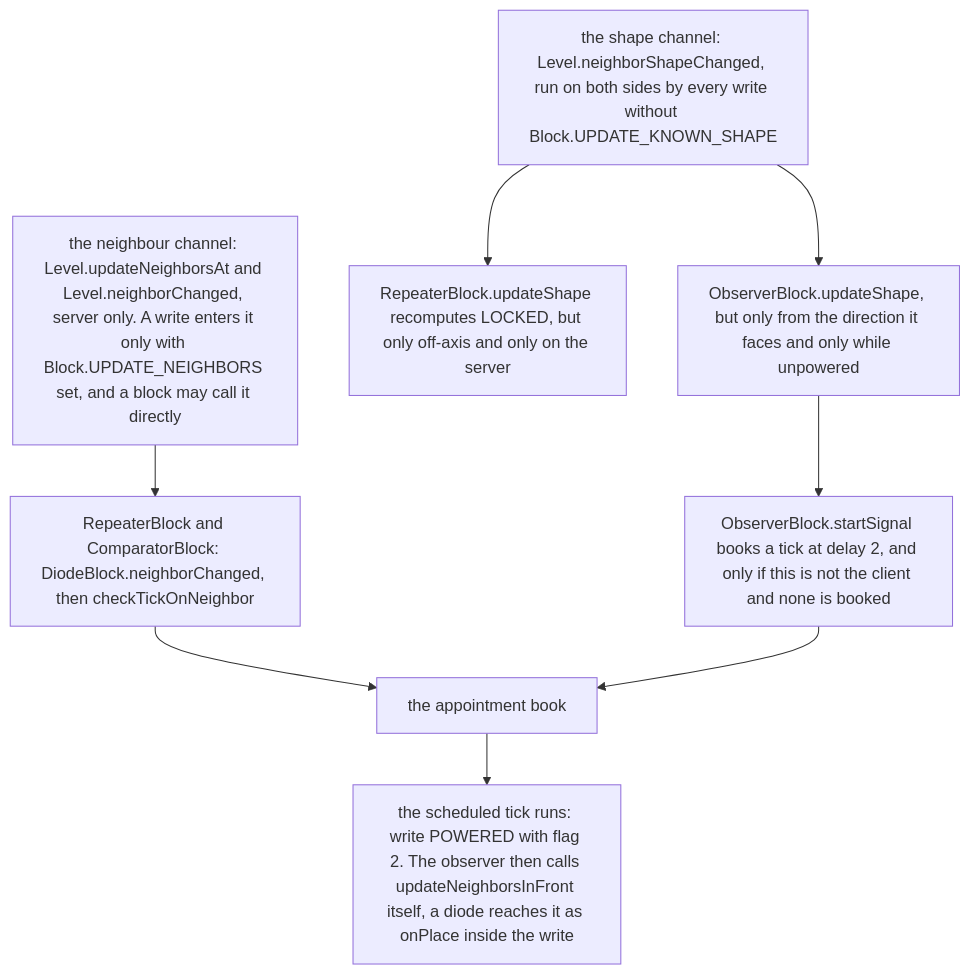
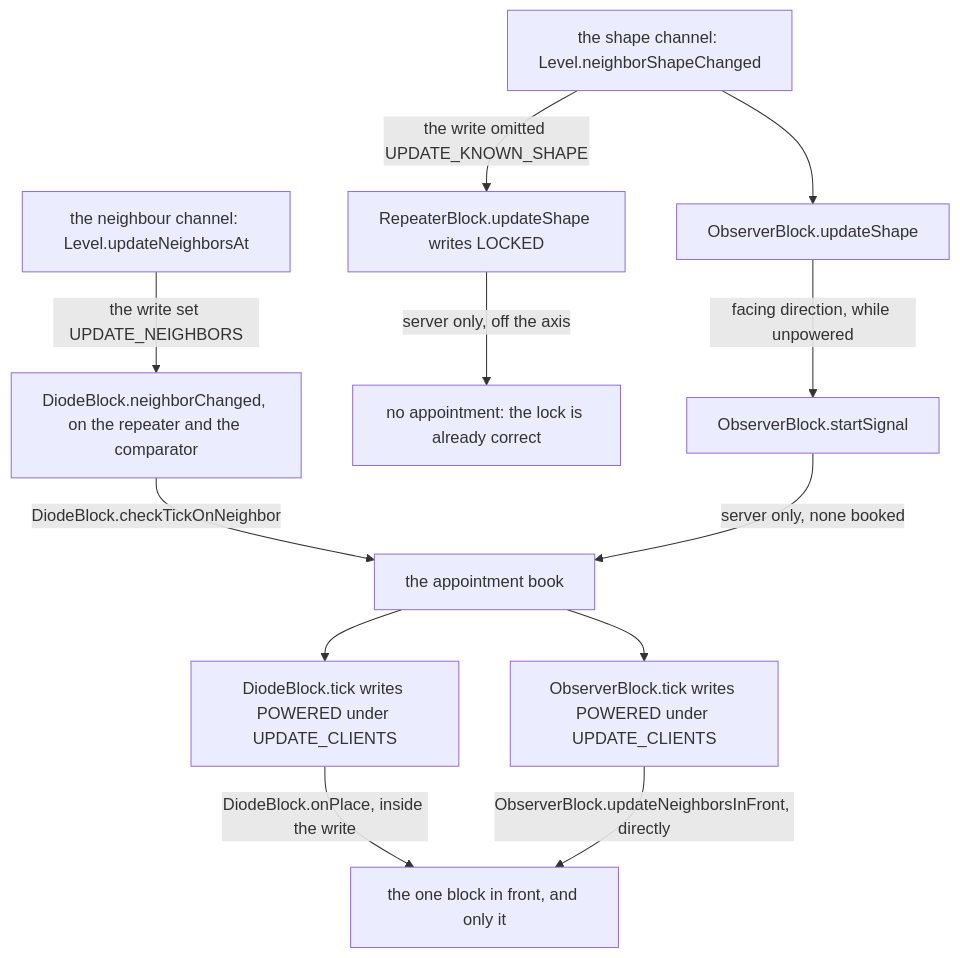
One commit to AlexanderjFraser/MinecraftDocs changed the diagram in src/systems/blocks/diodes-and-observers.md. Above: the diagram before and after it, drawn with Mermaid. The commit also changed other lines of this file and 12 other files, not shown here.

````diff
--- a/src/systems/blocks/diodes-and-observers.md
+++ b/src/systems/blocks/diodes-and-observers.md
@@ -191,15 +191,25 @@
 ```mermaid
-flowchart TB
-    NC["the neighbour channel: Level.updateNeighborsAt and Level.neighborChanged, server only. A write enters it only with Block.UPDATE_NEIGHBORS set, and a block may call it directly"]
-    SC["the shape channel: Level.neighborShapeChanged, run on both sides by every write without Block.UPDATE_KNOWN_SHAPE"]
-    RB["RepeaterBlock and ComparatorBlock: DiodeBlock.neighborChanged, then checkTickOnNeighbor"]
-    RL["RepeaterBlock.updateShape recomputes LOCKED, but only off-axis and only on the server"]
-    OB["ObserverBlock.updateShape, but only from the direction it faces and only while unpowered"]
-    SS["ObserverBlock.startSignal books a tick at delay 2, and only if this is not the client and none is booked"]
+flowchart TD
+    NC["the neighbour channel: Level.updateNeighborsAt"]
+    SC["the shape channel: Level.neighborShapeChanged"]
+    RB["DiodeBlock.neighborChanged, on the repeater and the comparator"]
+    RL["RepeaterBlock.updateShape writes LOCKED"]
+    DONE["no appointment: the lock is already correct"]
+    OB["ObserverBlock.updateShape"]
+    SS["ObserverBlock.startSignal"]
     BOOK["the appointment book"]
-    TICK["the scheduled tick runs: write POWERED with flag 2. The observer then calls updateNeighborsInFront itself, a diode reaches it as onPlace inside the write"]
-    NC --> RB --> BOOK
-    SC --> RL
-    SC --> OB --> SS --> BOOK
-    BOOK --> TICK
+    DT["DiodeBlock.tick writes POWERED under UPDATE_CLIENTS"]
+    OT["ObserverBlock.tick writes POWERED under UPDATE_CLIENTS"]
+    OUT["the one block in front, and only it"]
+    NC -- "the write set UPDATE_NEIGHBORS" --> RB
+    SC -- "the write omitted UPDATE_KNOWN_SHAPE" --> RL
+    SC --> OB
+    RB -- "DiodeBlock.checkTickOnNeighbor" --> BOOK
+    RL -- "server only, off the axis" --> DONE
+    OB -- "facing direction, while unpowered" --> SS
+    SS -- "server only, none booked" --> BOOK
+    BOOK --> DT
+    BOOK --> OT
+    DT -- "DiodeBlock.onPlace, inside the write" --> OUT
+    OT -- "ObserverBlock.updateNeighborsInFront, directly" --> OUT
 ```
````
